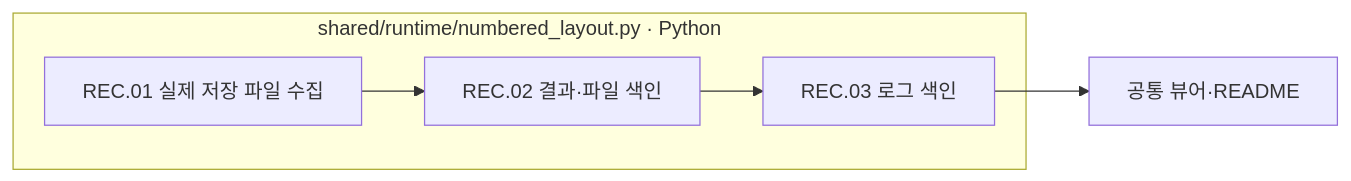
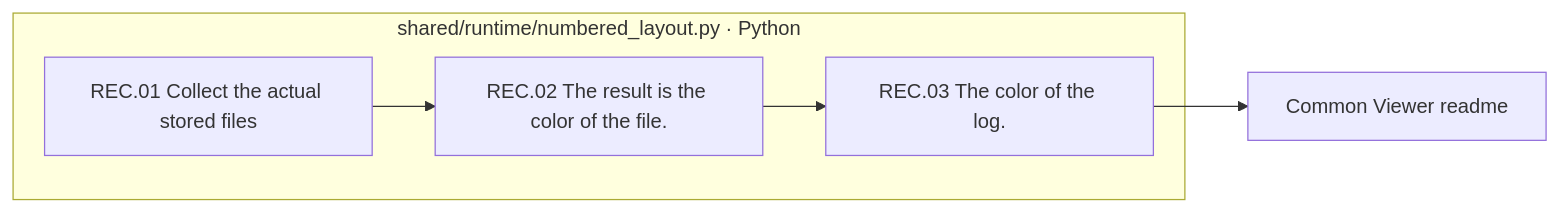
The diagram in src/finarch/documentation/templates/generation-records.md (pnu-clink/finject), drawn with Mermaid before and after one commit. The commit also changed other lines of this file and 644 other files, not shown here.

````diff
--- a/src/finarch/documentation/templates/generation-records.md
+++ b/src/finarch/documentation/templates/generation-records.md
@@ -13,7 +13,7 @@
 ```mermaid
 flowchart LR
  subgraph I["shared/runtime/numbered_layout.py · Python"]
-  A["REC.01 실제 저장 파일 수집"] --> B["REC.02 결과·파일 색인"] --> C["REC.03 로그 색인"]
+  A["REC.01 Collect the actual stored files"] --> B["REC.02 The result is the color of the file."] --> C["REC.03 The color of the log."]
  end
- C --> V["공통 뷰어·README"]
+ C --> V["Common Viewer readme"]
 ```
````
